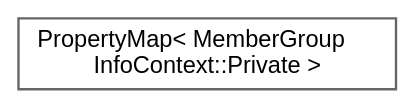
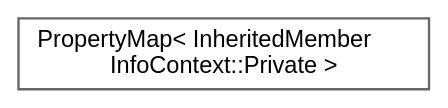
The diagram in inherit_graph_610.dot (petyovsky/doxygen), drawn with Graphviz before and after one commit. The commit also changed 7670 other files, not shown here.

```diff
--- a/inherit_graph_610.dot
+++ b/inherit_graph_610.dot
@@ -1,10 +1,10 @@
 digraph "Graphical Class Hierarchy"
 {
  // INTERACTIVE_SVG=YES
  // LATEX_PDF_SIZE
   bgcolor="transparent";
   edge [fontname=Helvetica,fontsize=10,labelfontname=Helvetica,labelfontsize=10];
   node [fontname=Helvetica,fontsize=10,shape=box,height=0.2,width=0.4];
   rankdir="LR";
-  Node0 [label="PropertyMap\< MemberGroup\lInfoContext::Private \>",height=0.2,width=0.4,color="grey40", fillcolor="white", style="filled",URL="$d5/dbf/class_property_map.html",tooltip=" "];
+  Node0 [label="PropertyMap\< InheritedMember\lInfoContext::Private \>",height=0.2,width=0.4,color="grey40", fillcolor="white", style="filled",URL="$d5/dbf/class_property_map.html",tooltip=" "];
 }
```
